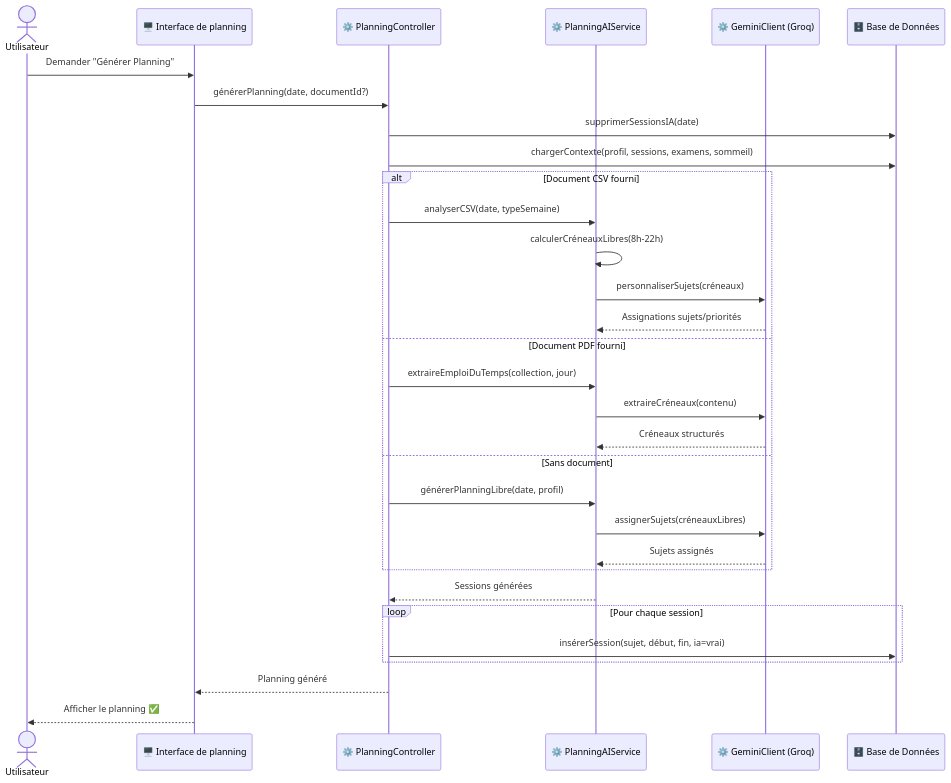
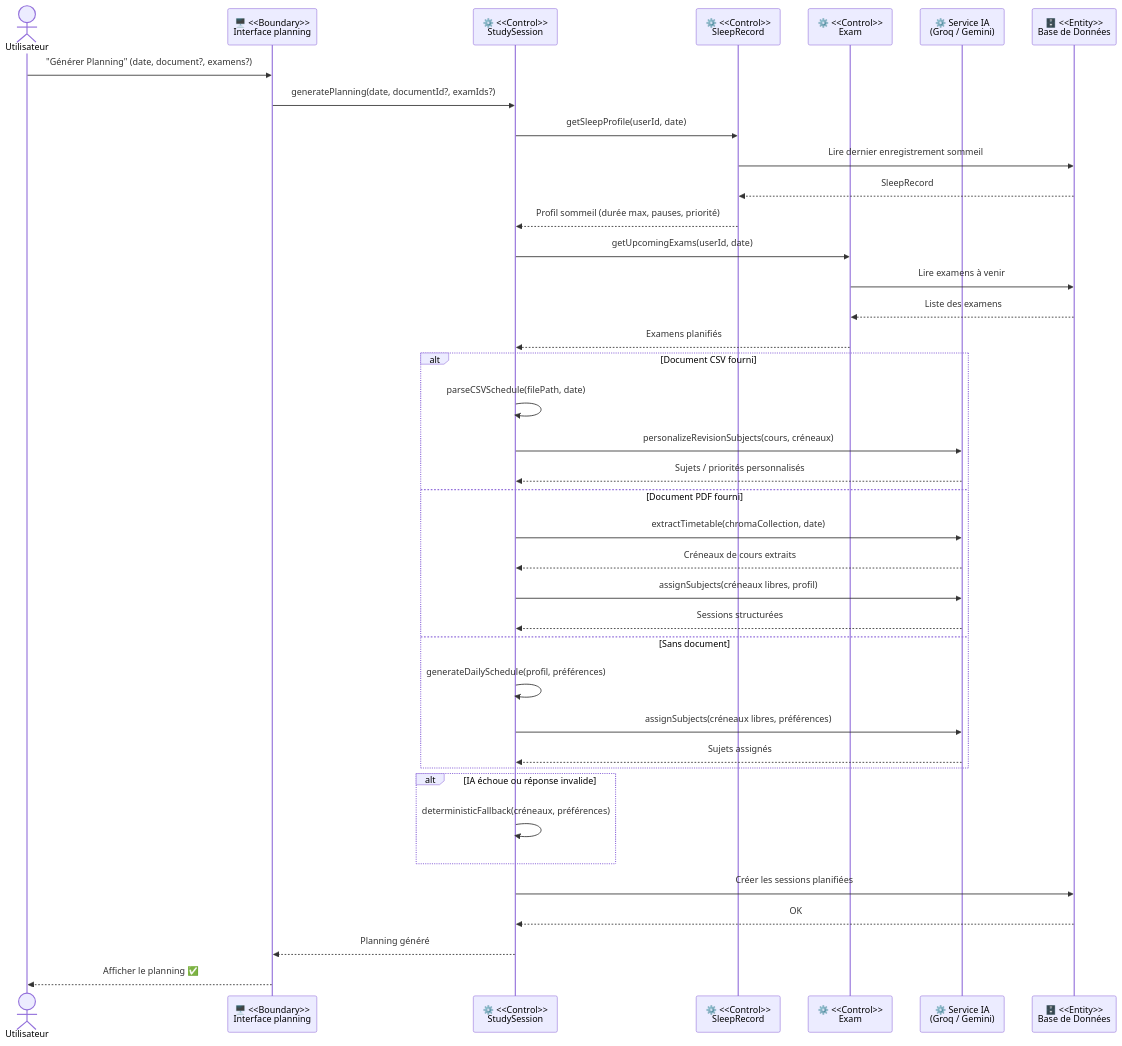
Before and after one commit to Jkacem/smart_focus: the sixth of 20 diagrams in docs/Conception_DiagrammeSequence.md, drawn with Mermaid. The commit also changed other lines of this file and 31 other files, not shown here.

````diff
--- a/docs/Conception_DiagrammeSequence.md
+++ b/docs/Conception_DiagrammeSequence.md
@@ -181,37 +189,47 @@
 ```mermaid
 sequenceDiagram
     actor Utilisateur
-    participant B as 🖥️ Interface de planning
-    participant C as ⚙️ PlanningController
-    participant AI as ⚙️ PlanningAIService
-    participant LLM as ⚙️ GeminiClient (Groq)
-    participant E as 🗄️ Base de Données
+    participant B  as 🖥️ <<Boundary>><br/>Interface planning
+    participant SS as ⚙️ <<Control>><br/>StudySession
+    participant SR as ⚙️ <<Control>><br/>SleepRecord
+    participant EX as ⚙️ <<Control>><br/>Exam
+    participant LLM as ⚙️ Service IA<br/>(Groq / Gemini)
+    participant E  as 🗄️ <<Entity>><br/>Base de Données
 
-    Utilisateur->>B: Demander "Générer Planning"
-    B->>C: générerPlanning(date, documentId?)
-    C->>E: supprimerSessionsIA(date)
-    C->>E: chargerContexte(profil, sessions, examens, sommeil)
+    Utilisateur->>B: "Générer Planning" (date, document?, examens?)
+    B->>SS: generatePlanning(date, documentId?, examIds?)
+
+    SS->>SR: getSleepProfile(userId, date)
+    SR->>E: Lire dernier enregistrement sommeil
+    E-->>SR: SleepRecord
+    SR-->>SS: Profil sommeil (durée max, pauses, priorité)
+
+    SS->>EX: getUpcomingExams(userId, date)
+    EX->>E: Lire examens à venir
+    E-->>EX: Liste des examens
+    EX-->>SS: Examens planifiés
 
     alt Document CSV fourni
-        C->>AI: analyserCSV(date, typeSemaine)
-        AI->>AI: calculerCréneauxLibres(8h-22h)
-        AI->>LLM: personnaliserSujets(créneaux)
-        LLM-->>AI: Assignations sujets/priorités
+        SS->>SS: parseCSVSchedule(filePath, date)
+        SS->>LLM: personalizeRevisionSubjects(cours, créneaux)
+        LLM-->>SS: Sujets / priorités personnalisés
     else Document PDF fourni
-        C->>AI: extraireEmploiDuTemps(collection, jour)
-        AI->>LLM: extraireCréneaux(contenu)
-        LLM-->>AI: Créneaux structurés
+        SS->>LLM: extractTimetable(chromaCollection, date)
+        LLM-->>SS: Créneaux de cours extraits
+        SS->>LLM: assignSubjects(créneaux libres, profil)
+        LLM-->>SS: Sessions structurées
     else Sans document
-        C->>AI: générerPlanningLibre(date, profil)
-        AI->>LLM: assignerSujets(créneauxLibres)
-        LLM-->>AI: Sujets assignés
+        SS->>SS: generateDailySchedule(profil, préférences)
+        SS->>LLM: assignSubjects(créneaux libres, préférences)
+        LLM-->>SS: Sujets assignés
     end
 
-    AI-->>C: Sessions générées
-    loop Pour chaque session
-        C->>E: insérerSession(sujet, début, fin, ia=vrai)
+    alt IA échoue ou réponse invalide
+        SS->>SS: deterministicFallback(créneaux, préférences)
     end
 
-    C-->>B: Planning généré
+    SS->>E: Créer les sessions planifiées
+    E-->>SS: OK
+    SS-->>B: Planning généré
     B-->>Utilisateur: Afficher le planning ✅
 ```
````
